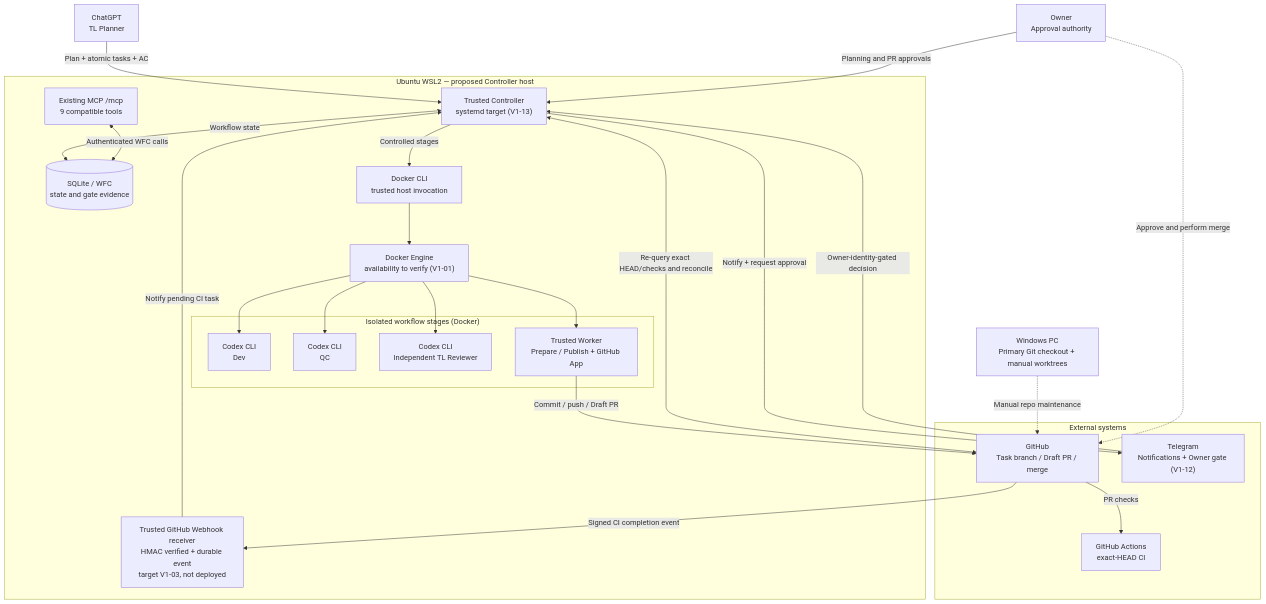
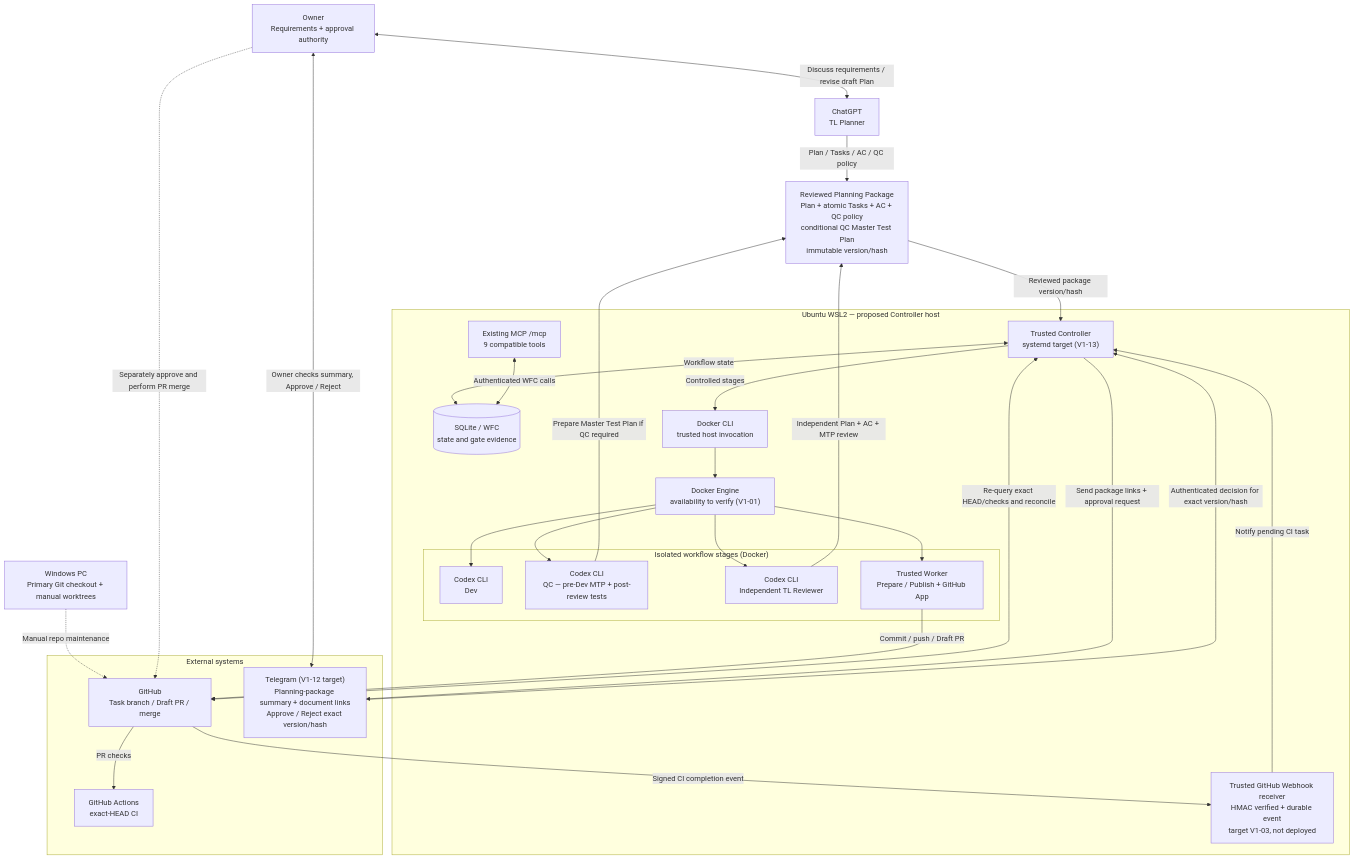
The first of 3 diagrams in docs/v1-visual-flows.md (builacviet/agent-workflow), drawn with Mermaid before and after one commit. The commit also changed other lines of this file, not shown here.

Commit message:
docs(V1): show QC pre-Dev MTP and Telegram Owner planning-package approval

````diff
--- a/docs/v1-visual-flows.md
+++ b/docs/v1-visual-flows.md
@@ -11,48 +11,53 @@
 ```mermaid
 flowchart TB
-  OWNER["Owner<br/>Approval authority"]
+  OWNER["Owner<br/>Requirements + approval authority"]
   PLANNER["ChatGPT<br/>TL Planner"]
+  PKG["Reviewed Planning Package<br/>Plan + atomic Tasks + AC + QC policy<br/>conditional QC Master Test Plan<br/>immutable version/hash"]
   PC["Windows PC<br/>Primary Git checkout + manual worktrees"]
 
   subgraph UB["Ubuntu WSL2 — proposed Controller host"]
     CT["Trusted Controller<br/>systemd target (V1-13)"]
     DB[("SQLite / WFC<br/>state and gate evidence")]
     MCP["Existing MCP /mcp<br/>9 compatible tools"]
     HOOK["Trusted GitHub Webhook receiver<br/>HMAC verified + durable event<br/>target V1-03, not deployed"]
     DC["Docker CLI<br/>trusted host invocation"]
     ENG["Docker Engine<br/>availability to verify (V1-01)"]
 
     subgraph JOBS["Isolated workflow stages (Docker)"]
       DEV["Codex CLI<br/>Dev"]
-      QC["Codex CLI<br/>QC"]
+      QC["Codex CLI<br/>QC — pre-Dev MTP + post-review tests"]
       REVIEW["Codex CLI<br/>Independent TL Reviewer"]
       WORKER["Trusted Worker<br/>Prepare / Publish + GitHub App"]
     end
   end
 
   subgraph SERVICES["External systems"]
     GH["GitHub<br/>Task branch / Draft PR / merge"]
     CI["GitHub Actions<br/>exact-HEAD CI"]
-    TELE["Telegram<br/>Notifications + Owner gate (V1-12)"]
+    TELE["Telegram (V1-12 target)<br/>Planning-package summary + document links<br/>Approve / Reject exact version/hash"]
   end
 
-  PLANNER -->|"Plan + atomic tasks + AC"| CT
-  OWNER -->|"Planning and PR approvals"| CT
+  OWNER <-->|"Discuss requirements / revise draft Plan"| PLANNER
+  PLANNER -->|"Plan / Tasks / AC / QC policy"| PKG
+  QC -->|"Prepare Master Test Plan if QC required"| PKG
+  REVIEW -->|"Independent Plan + AC + MTP review"| PKG
+  PKG -->|"Reviewed package version/hash"| CT
   PC -.->|"Manual repo maintenance"| GH
   CT <-->|"Workflow state"| DB
   MCP <-->|"Authenticated WFC calls"| DB
   CT -->|"Controlled stages"| DC
   DC --> ENG
   ENG --> DEV
   ENG --> QC
   ENG --> REVIEW
   ENG --> WORKER
   WORKER -->|"Commit / push / Draft PR"| GH
   GH -->|"PR checks"| CI
   GH -->|"Signed CI completion event"| HOOK
   HOOK -->|"Notify pending CI task"| CT
   CT <-->|"Re-query exact HEAD/checks and reconcile"| GH
-  CT -->|"Notify + request approval"| TELE
-  TELE -->|"Owner-identity-gated decision"| CT
-  OWNER -.->|"Approve and perform merge"| GH
+  CT -->|"Send package links + approval request"| TELE
+  TELE <-->|"Owner checks summary, Approve / Reject"| OWNER
+  TELE -->|"Authenticated decision for exact version/hash"| CT
+  OWNER -.->|"Separately approve and perform PR merge"| GH
 ```
````
